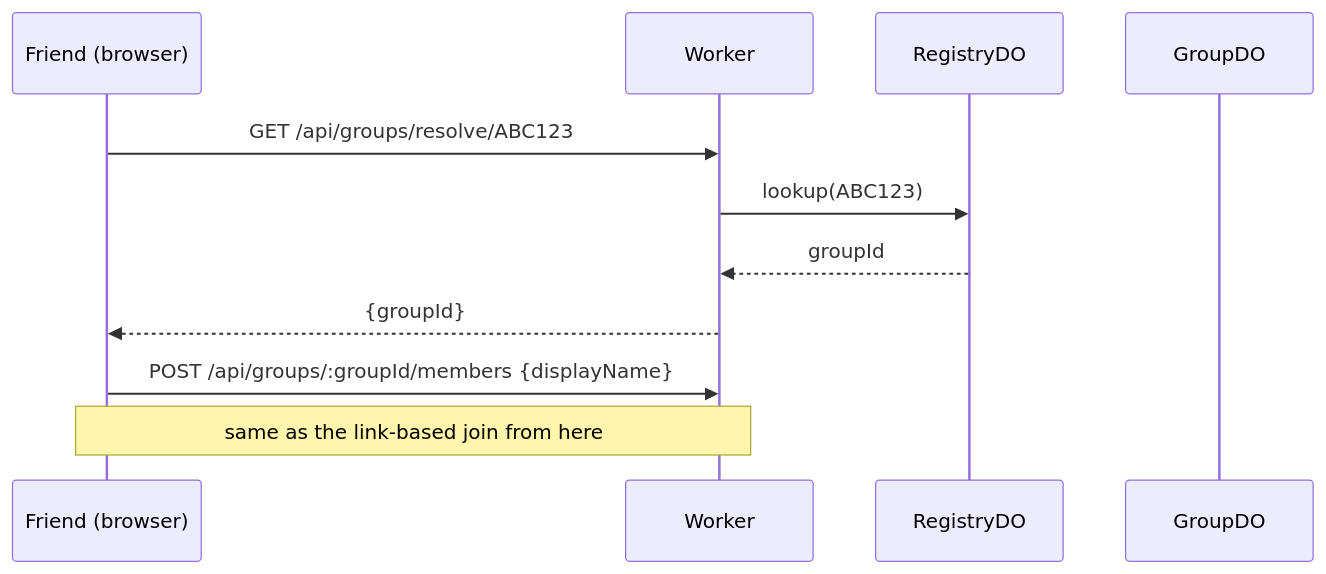
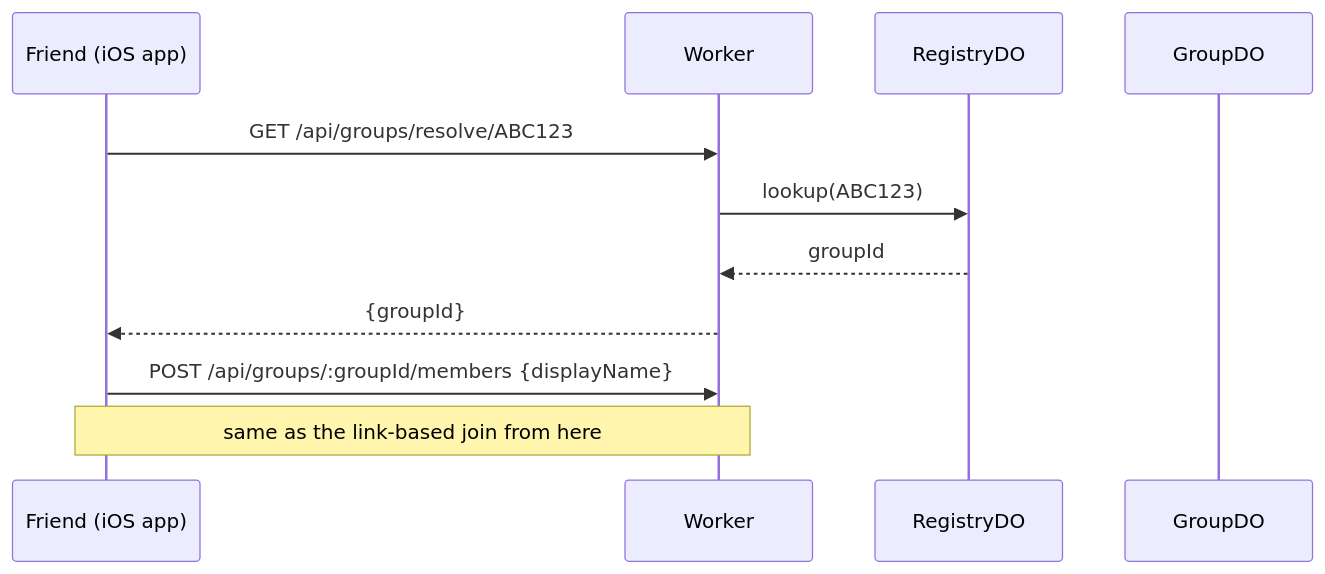
The second of 3 diagrams in DESIGN.md (nakka-labs/clantab-ios), drawn with Mermaid before and after one commit. The commit also changed other lines of this file and 3 other files, not shown here.

````diff
--- a/DESIGN.md
+++ b/DESIGN.md
@@ -178,14 +178,14 @@
 ```mermaid
 sequenceDiagram
-    participant B as Friend (browser)
+    participant B as Friend (iOS app)
     participant W as Worker
     participant R as RegistryDO
     participant G as GroupDO
 
     B->>W: GET /api/groups/resolve/ABC123
     W->>R: lookup(ABC123)
     R-->>W: groupId
     W-->>B: {groupId}
     B->>W: POST /api/groups/:groupId/members {displayName}
     Note over B,W: same as the link-based join from here
 ```
````
